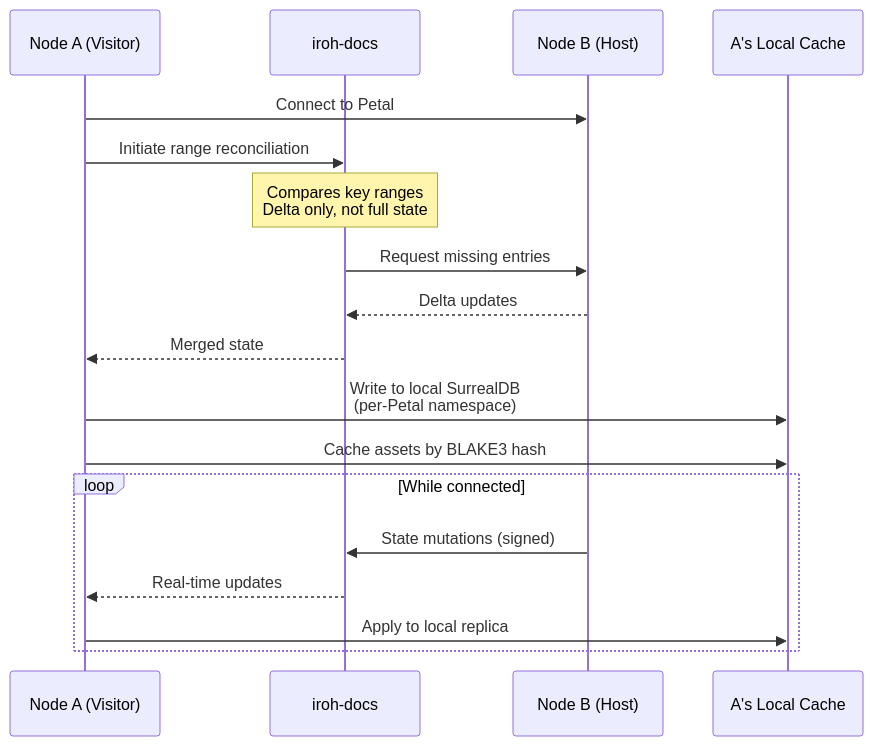
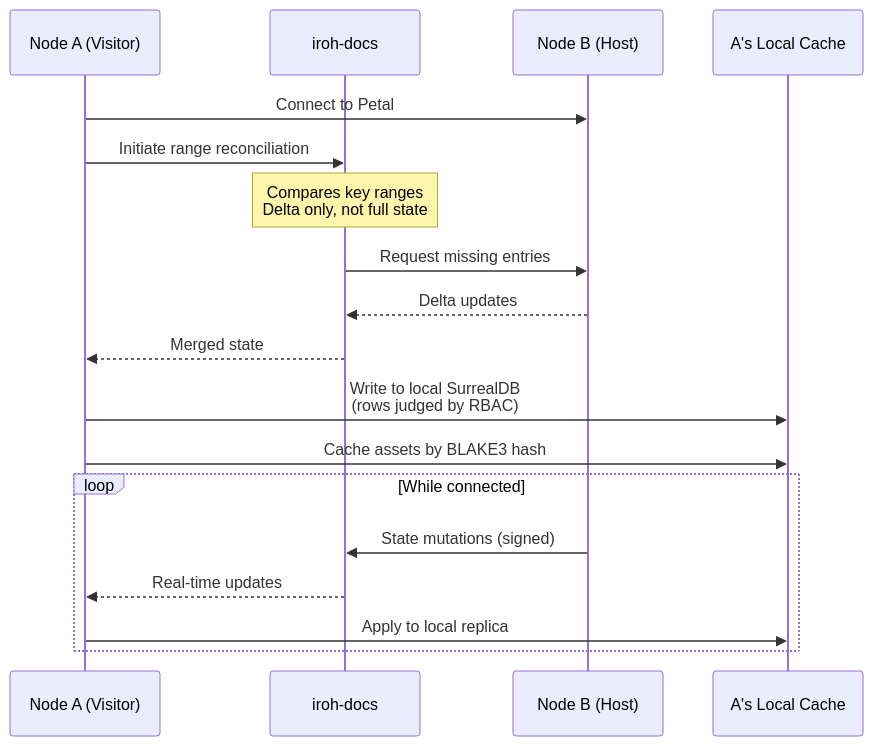
One commit to Escherbridge/fractalengine changed the first of 3 diagrams in docs/diagrams/09-sync-and-caching.md. Above: the diagram before and after it, drawn with Mermaid. The commit also changed other lines of this file and 4 other files, not shown here.

First line of the commit message:
docs(diagrams): redraw system, network and sync diagrams to the seven-thread topology

````diff
--- a/docs/diagrams/09-sync-and-caching.md
+++ b/docs/diagrams/09-sync-and-caching.md
@@ -5,24 +5,24 @@
 ```mermaid
 sequenceDiagram
     participant A as Node A (Visitor)
     participant Docs as iroh-docs
     participant B as Node B (Host)
     participant Cache as A's Local Cache
 
     A->>B: Connect to Petal
     A->>Docs: Initiate range reconciliation
     Note over Docs: Compares key ranges<br/>Delta only, not full state
 
     Docs->>B: Request missing entries
     B-->>Docs: Delta updates
     Docs-->>A: Merged state
 
-    A->>Cache: Write to local SurrealDB<br/>(per-Petal namespace)
+    A->>Cache: Write to local SurrealDB<br/>(rows judged by RBAC)
     A->>Cache: Cache assets by BLAKE3 hash
 
     loop While connected
         B->>Docs: State mutations (signed)
         Docs-->>A: Real-time updates
         A->>Cache: Apply to local replica
     end
 ```
````
